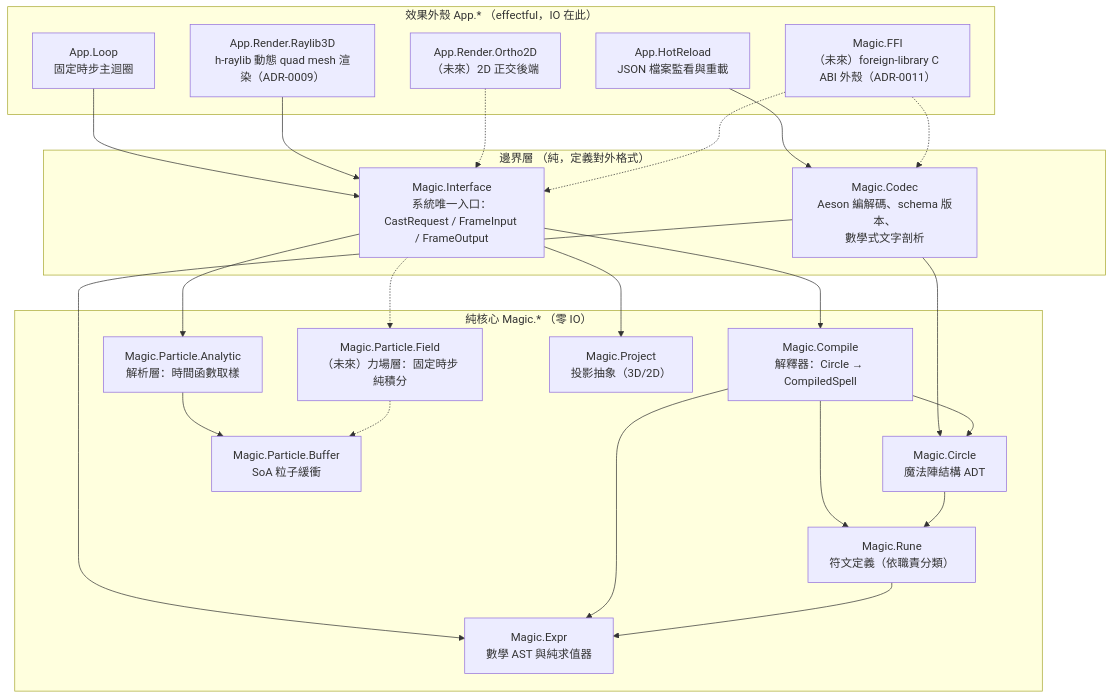
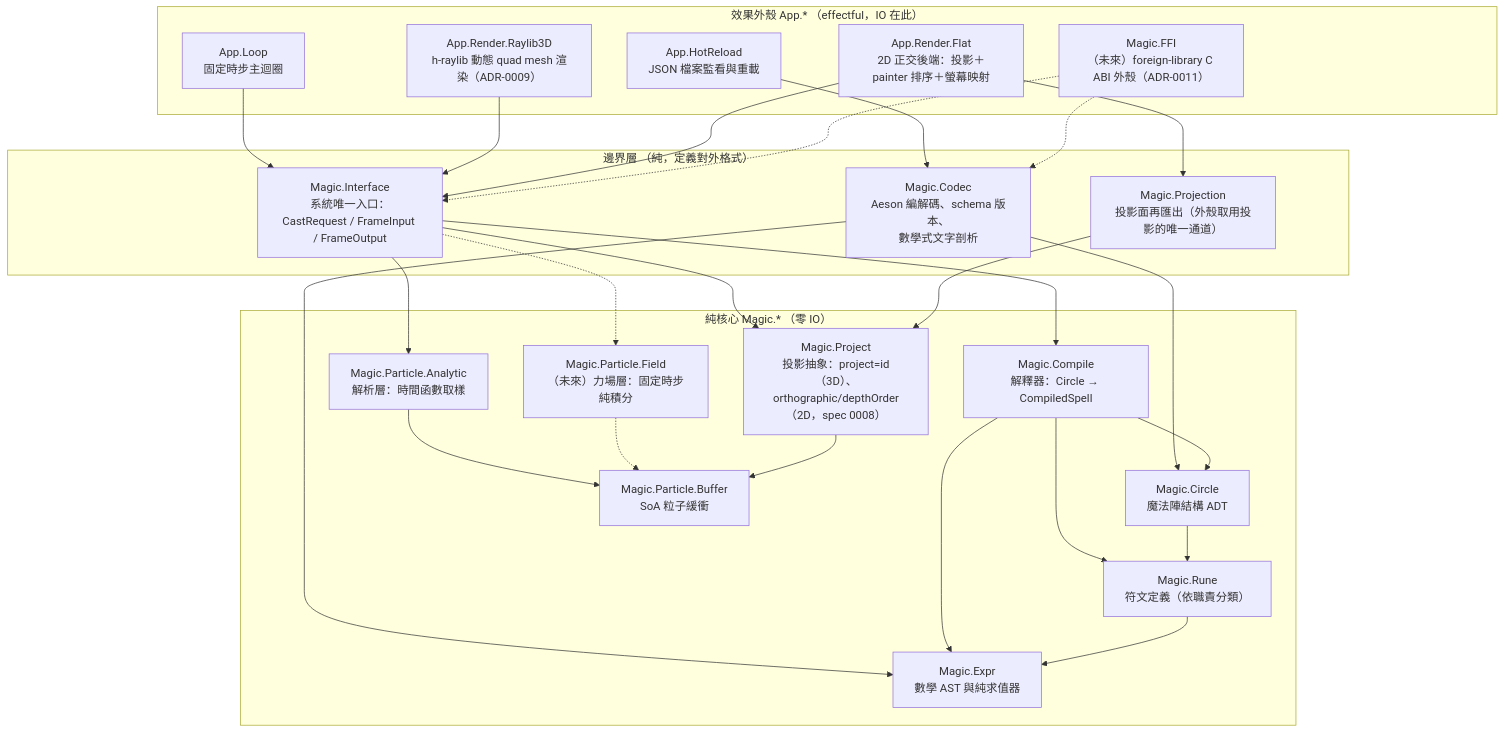
The first of 4 diagrams in docs/architecture.md (utomore/particle-magic-system), drawn with Mermaid before and after one commit. The commit also changed other lines of this file and 19 other files, not shown here.

First line of the commit message:
Implement func-spec 0008: 2D orthographic backend

````diff
--- a/docs/architecture.md
+++ b/docs/architecture.md
@@ -39,48 +39,52 @@
 ```mermaid
 flowchart TD
     subgraph Shell["效果外殼 App.* （effectful，IO 在此）"]
         Loop["App.Loop<br/>固定時步主迴圈"]
         HotReload["App.HotReload<br/>JSON 檔案監看與重載"]
         Render3D["App.Render.Raylib3D<br/>h-raylib 動態 quad mesh 渲染（ADR-0009）"]
-        Render2D["App.Render.Ortho2D<br/>（未來）2D 正交後端"]
+        Render2D["App.Render.Flat<br/>2D 正交後端：投影＋painter 排序＋螢幕映射"]
         FFIShell["Magic.FFI<br/>（未來）foreign-library C ABI 外殼（ADR-0011）"]
     end
 
     subgraph Boundary["邊界層 （純，定義對外格式）"]
         Interface["Magic.Interface<br/>系統唯一入口：<br/>CastRequest / FrameInput / FrameOutput"]
         Codec["Magic.Codec<br/>Aeson 編解碼、schema 版本、<br/>數學式文字剖析"]
+        Projection["Magic.Projection<br/>投影面再匯出（外殼取用投影的唯一通道）"]
     end
 
     subgraph Core["純核心 Magic.* （零 IO）"]
         Circle["Magic.Circle<br/>魔法陣結構 ADT"]
         Rune["Magic.Rune<br/>符文定義（依職責分類）"]
         Expr["Magic.Expr<br/>數學 AST 與純求值器"]
         Compile["Magic.Compile<br/>解釋器：Circle → CompiledSpell"]
         Analytic["Magic.Particle.Analytic<br/>解析層：時間函數取樣"]
         Field["Magic.Particle.Field<br/>（未來）力場層：固定時步純積分"]
         Buffer["Magic.Particle.Buffer<br/>SoA 粒子緩衝"]
-        Project["Magic.Project<br/>投影抽象（3D/2D）"]
+        Project["Magic.Project<br/>投影抽象：project=id（3D）、<br/>orthographic/depthOrder（2D，spec 0008）"]
     end
 
     Loop --> Interface
     HotReload --> Codec
     Render3D --> Interface
-    Render2D -.-> Interface
+    Render2D --> Interface
+    Render2D --> Projection
     FFIShell -.-> Interface
     FFIShell -.-> Codec
 
     Interface --> Compile
     Interface --> Analytic
     Interface -.-> Field
     Codec --> Circle
     Codec --> Expr
 
     Compile --> Circle
     Compile --> Rune
     Compile --> Expr
     Circle --> Rune
     Rune --> Expr
     Analytic --> Buffer
     Field -.-> Buffer
     Interface --> Project
+    Projection --> Project
+    Project --> Buffer
 ```
````
